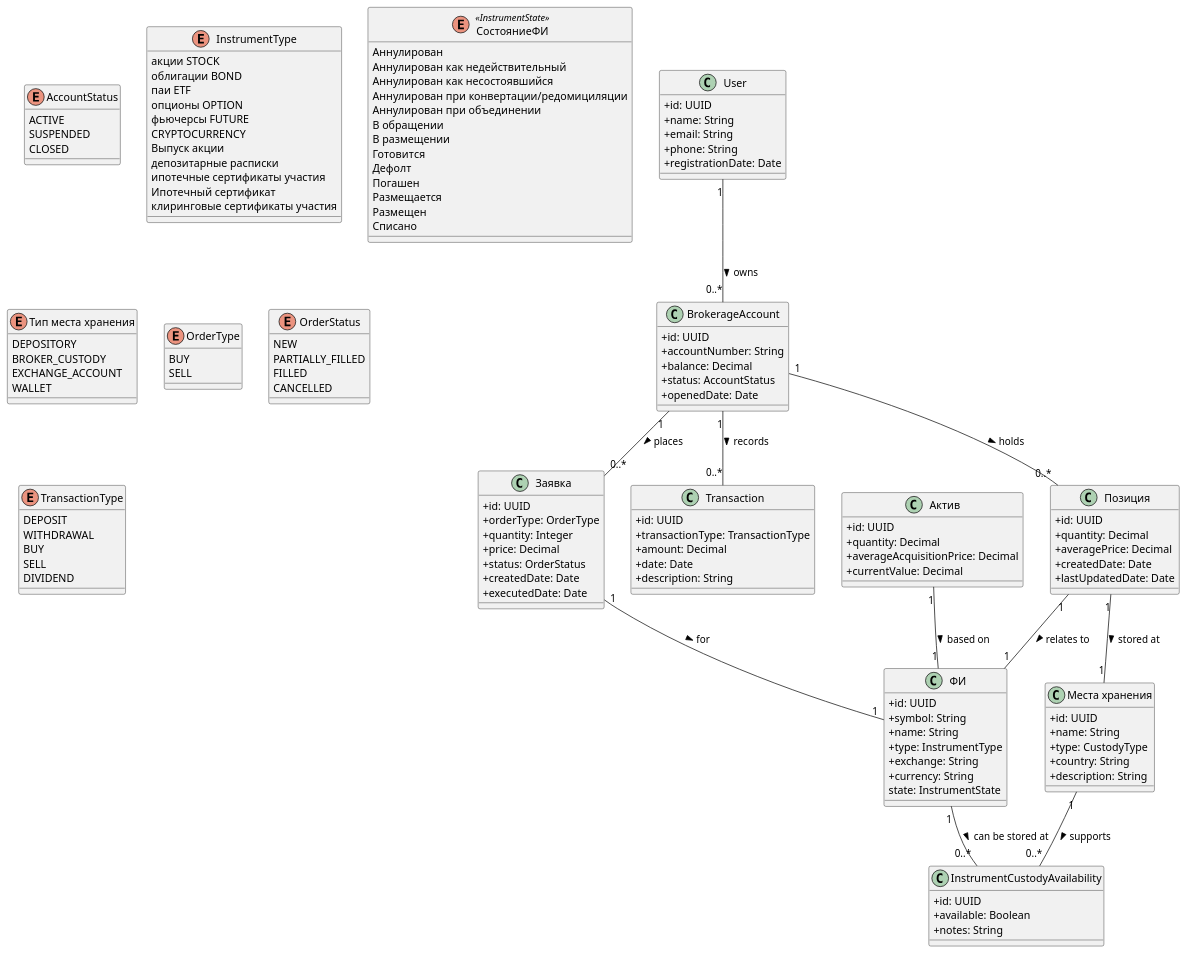
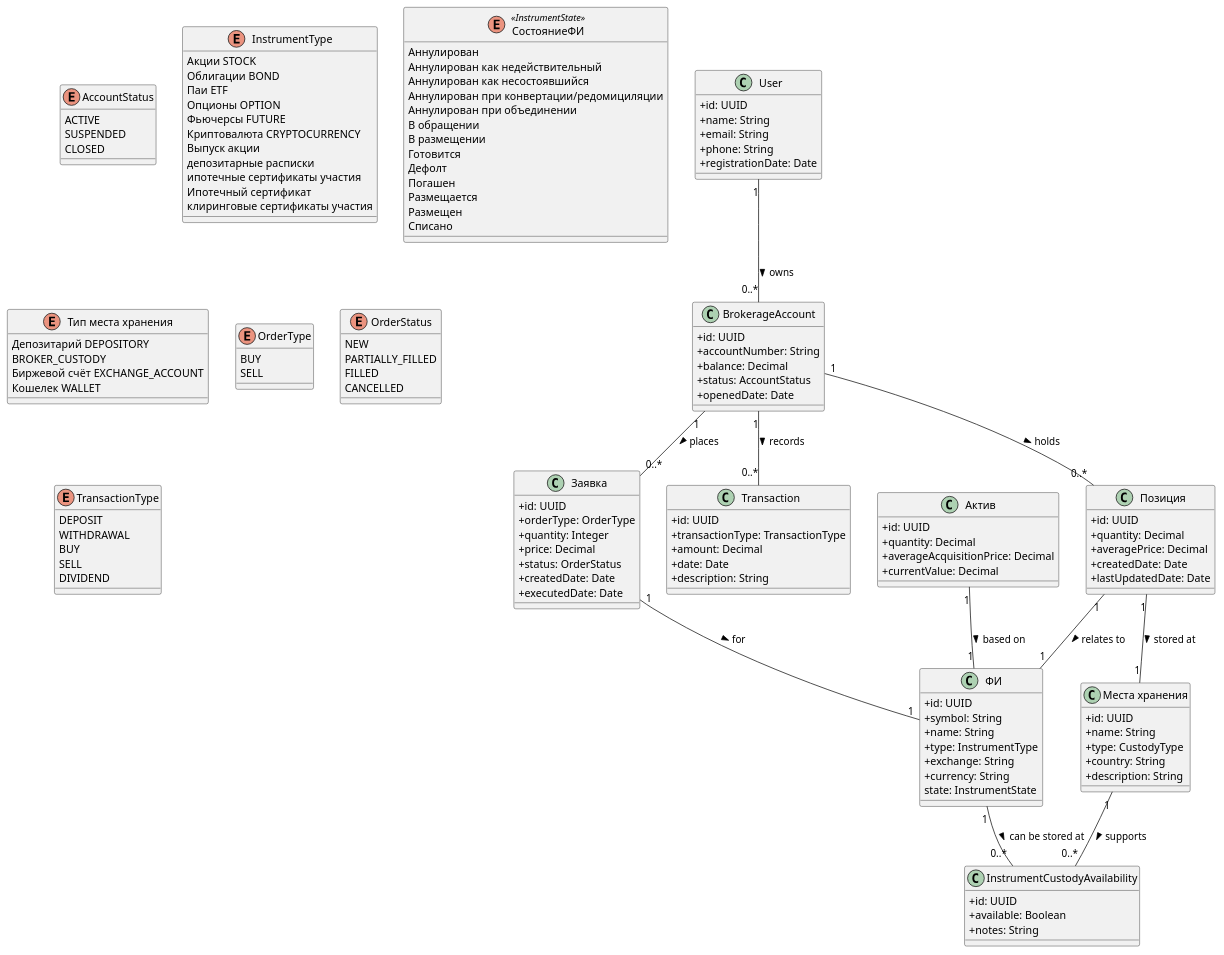
Before and after one commit to daemon110282/daemon110282.github.io: the diagram in analytic/invest.puml, drawn with PlantUML. The commit also changed 1 other file, not shown here.

```diff
--- a/analytic/invest.puml
+++ b/analytic/invest.puml
@@ -1,172 +1,172 @@
 @startuml (id=invest)
 skinparam classAttributeIconSize 0
 hide note
 
 ' Основные сущности
 class User {
   +id: UUID
   +name: String
   +email: String
   +phone: String
   +registrationDate: Date
 }
 
 class BrokerageAccount {
   +id: UUID
   +accountNumber: String
   +balance: Decimal
   +status: AccountStatus
   +openedDate: Date
 }
 
 enum AccountStatus {
   ACTIVE
   SUSPENDED
   CLOSED
 }
 
 ' note left
 ' Финансовый инструмент — это то, 
 ' чем ты торгуешь (акция, облигация, опцион).
 ' end note
 class "ФИ" AS FinancialInstrument {
   +id: UUID
   +symbol: String
   +name: String
   +type: InstrumentType
   +exchange: String
   +currency: String
 	state: InstrumentState
 }
 
 enum InstrumentType {
-	акции STOCK
-	облигации BOND
-	паи ETF
-	опционы OPTION
-	фьючерсы FUTURE
-	CRYPTOCURRENCY
+	Акции STOCK
+	Облигации BOND
+	Паи ETF
+	Опционы OPTION
+	Фьючерсы FUTURE
+	Криптовалюта CRYPTOCURRENCY
 	Выпуск акции
 	депозитарные расписки
 	ипотечные сертификаты участия
 	Ипотечный сертификат
 	клиринговые сертификаты участия
 }
 
 enum "СостояниеФИ" AS InstrumentState <<InstrumentState>> {
 	Аннулирован
 	Аннулирован как недействительный
 	Аннулирован как несостоявшийся
 	Аннулирован при конвертации/редомициляции
 	Аннулирован при объединении
 	В обращении
 	В размещении
 	Готовится
 	Дефолт
 	Погашен
 	Размещается
 	Размещен
 	Списано
 }
 
 ' note left
 ' После покупки ФИ, у инвестора 
 ' появляется актив в портфеле.
 ' end note
 class "Актив" AS Asset {
   +id: UUID
   +quantity: Decimal
   +averageAcquisitionPrice: Decimal
   +currentValue: Decimal
 }
 
 class "Заявка" AS Order {
   +id: UUID
   +orderType: OrderType
   +quantity: Integer
   +price: Decimal
   +status: OrderStatus
   +createdDate: Date
   +executedDate: Date
 }
 
 class Transaction {
   +id: UUID
   +transactionType: TransactionType
   +amount: Decimal
   +date: Date
   +description: String
 }
 
 class "Позиция" AS Position {
   +id: UUID
   +quantity: Decimal
   +averagePrice: Decimal
   +createdDate: Date
   +lastUpdatedDate: Date
 }
 
 class "Места хранения" AS CustodyLocation {
   +id: UUID
   +name: String
   +type: CustodyType
   +country: String
   +description: String
 }
 
 ' Не все инструменты можно хранить везде. Например:
 ' Акции хранятся через депозитарии (DEPOSITORY).
 ' Фьючерсы — на биржевых счетах (EXCHANGE_ACCOUNT).
 ' Криптовалюта — в кошельках (WALLET).
 enum "Тип места хранения" AS CustodyType {
-  DEPOSITORY
+  Депозитарий DEPOSITORY
   BROKER_CUSTODY
-  EXCHANGE_ACCOUNT
-  WALLET
+  Биржевой счёт EXCHANGE_ACCOUNT
+  Кошелек WALLET
 }
 
 ' отображает доступность хранения конкретного финансового инструмента в конкретном месте хранения.
 ' Один инструмент может храниться в нескольких местах.
 ' Одно место может поддерживать хранение разных инструментов.
 class InstrumentCustodyAvailability {
   +id: UUID
   +available: Boolean
   +notes: String
 }
 
 ' Перечисления
 
 
 enum OrderType {
   BUY
   SELL
 }
 
 enum OrderStatus {
   NEW
   PARTIALLY_FILLED
   FILLED
   CANCELLED
 }
 
 enum TransactionType {
   DEPOSIT
   WITHDRAWAL
   BUY
   SELL
   DIVIDEND
 }
 
 ' Связи
 User "1" -- "0..*" BrokerageAccount : owns >
 BrokerageAccount "1" -- "0..*" Order : places >
 Order "1" -- "1" FinancialInstrument : for >
 BrokerageAccount "1" -- "0..*" Transaction : records >
 BrokerageAccount "1" -- "0..*" Position : holds >
 Position "1" -- "1" FinancialInstrument : relates to >
 Position "1" -- "1" CustodyLocation : stored at >
 Asset "1" -- "1" FinancialInstrument : based on >
 FinancialInstrument "1" -- "0..*" InstrumentCustodyAvailability : can be stored at >
 CustodyLocation "1" -- "0..*" InstrumentCustodyAvailability : supports >
 
 @enduml
```
